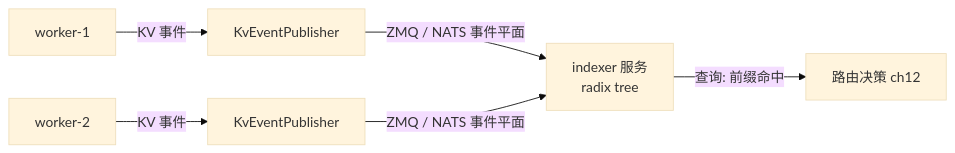
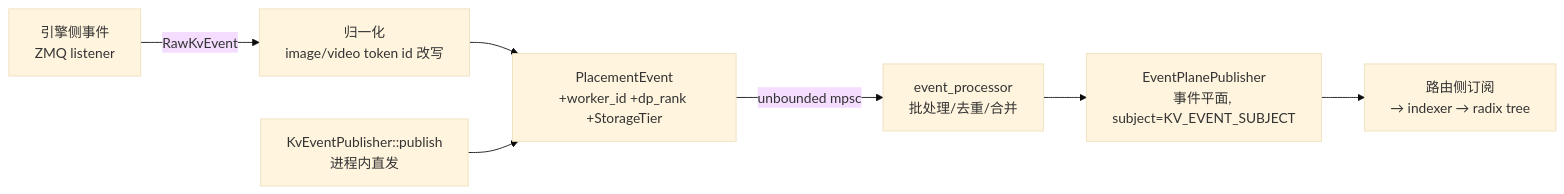
Before and after one commit to coderchem/dynamo-learning-book: the diagram in 03-kv-routing/ch10-kv-events.md, drawn with Mermaid (base theme). The commit also changed other lines of this file and 5 other files, not shown here.

````diff
--- a/03-kv-routing/ch10-kv-events.md
+++ b/03-kv-routing/ch10-kv-events.md
@@ -20,7 +20,9 @@
 ```mermaid
 flowchart LR
-    W1[worker-1] -->|KV 事件| PUB1[KvEventPublisher]
-    W2[worker-2] -->|KV 事件| PUB2[KvEventPublisher]
-    PUB1 & PUB2 -->|ZMQ / NATS 事件平面| IDX[indexer 服务<br/>radix tree]
-    IDX -->|查询: 前缀命中| RT[路由决策 ch12]
+    A[引擎侧事件<br/>ZMQ listener] -->|RawKvEvent| N[归一化<br/>image/video token id 改写]
+    N --> B[PlacementEvent<br/>+worker_id +dp_rank +StorageTier]
+    B -->|unbounded mpsc| C[event_processor<br/>批处理/去重/合并]
+    C --> D[EventPlanePublisher<br/>事件平面, subject=KV_EVENT_SUBJECT]
+    D --> E[路由侧订阅<br/>→ indexer → radix tree]
+    P[KvEventPublisher::publish<br/>进程内直发] --> B
 ```
````
